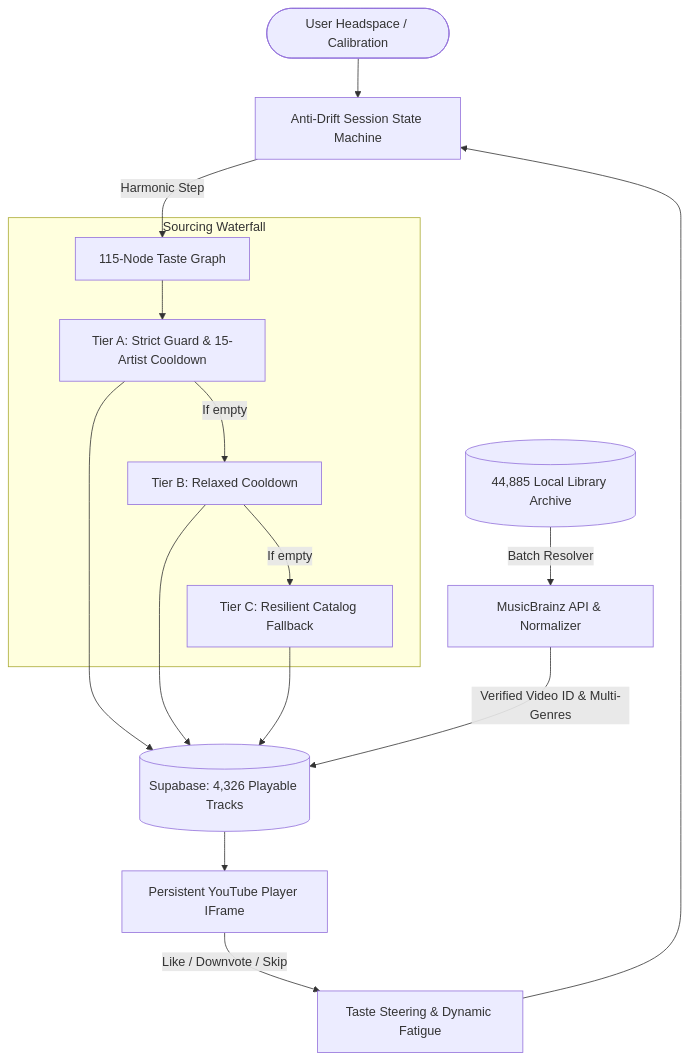
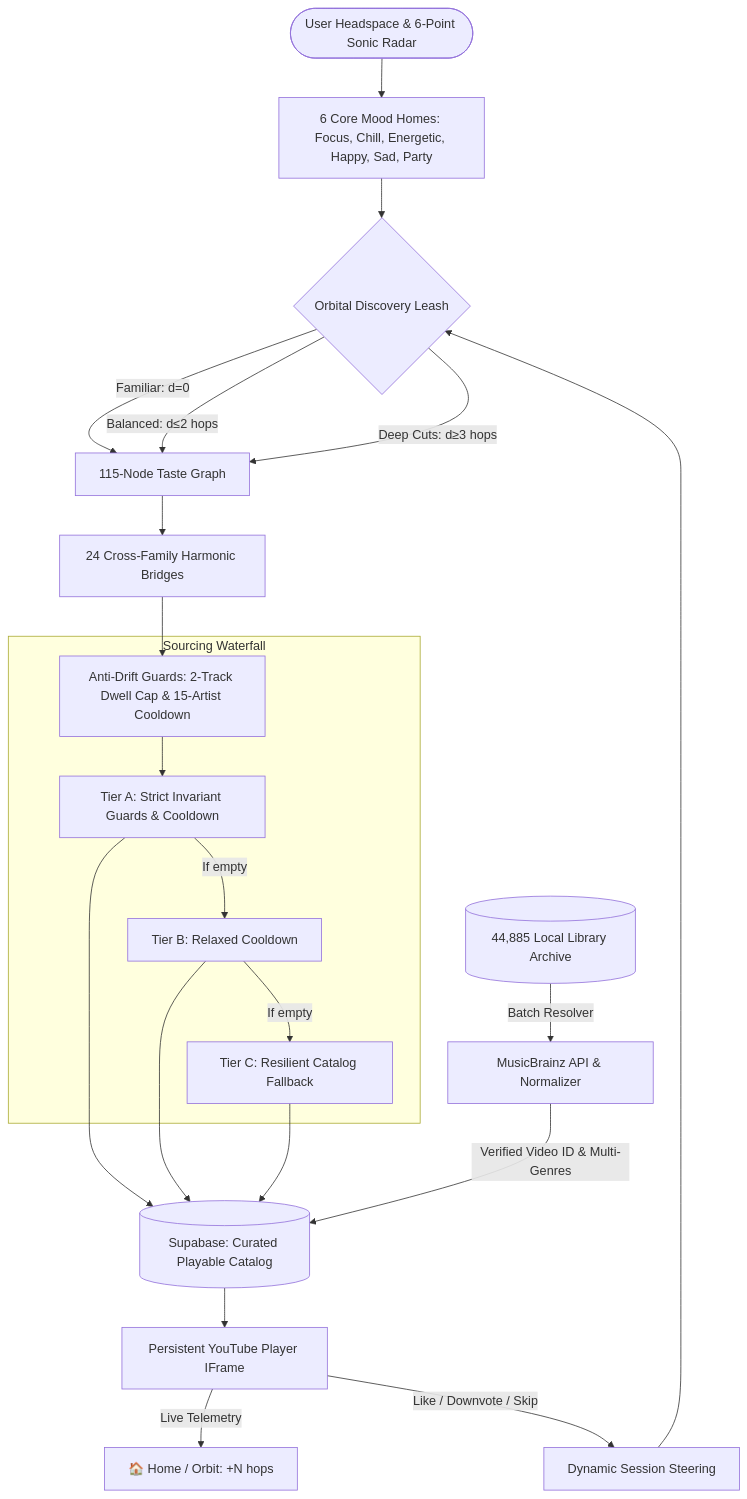
One commit to corneliunitoi/MusicMood changed the diagram in README.md. Above: the diagram before and after it, drawn with Mermaid. The commit also changed other lines of this file and 5 other files, not shown here.

````diff
--- a/README.md
+++ b/README.md
@@ -29,22 +35,30 @@
 ```mermaid
 flowchart TD
-    User([User Headspace / Calibration]) --> StateMachine[Anti-Drift Session State Machine]
-    StateMachine -->|Harmonic Step| TasteGraph[115-Node Taste Graph]
+    User([User Headspace & 6-Point Sonic Radar]) --> MoodHomes[6 Core Mood Homes: Focus, Chill, Energetic, Happy, Sad, Party]
+    MoodHomes --> OrbitalLeash{Orbital Discovery Leash}
+    
+    OrbitalLeash -->|Familiar: d=0| TasteGraph[115-Node Taste Graph]
+    OrbitalLeash -->|Balanced: d≤2 hops| TasteGraph
+    OrbitalLeash -->|Deep Cuts: d≥3 hops| TasteGraph
+    
+    TasteGraph --> HarmonicBridges[24 Cross-Family Harmonic Bridges]
+    HarmonicBridges --> AntiDrift[Anti-Drift Guards: 2-Track Dwell Cap & 15-Artist Cooldown]
     
     subgraph Sourcing Waterfall
-        TasteGraph --> TierA[Tier A: Strict Guard & 15-Artist Cooldown]
+        AntiDrift --> TierA[Tier A: Strict Invariant Guards & Cooldown]
         TierA -->|If empty| TierB[Tier B: Relaxed Cooldown]
         TierB -->|If empty| TierC[Tier C: Resilient Catalog Fallback]
     end
 
-    TierA --> Catalog[(Supabase: 4,326 Playable Tracks)]
+    TierA --> Catalog[(Supabase: Curated Playable Catalog)]
     TierB --> Catalog
     TierC --> Catalog
 
     Catalog --> Player[Persistent YouTube Player IFrame]
-    Player -->|Like / Downvote / Skip| Feedback[Taste Steering & Dynamic Fatigue]
-    Feedback --> StateMachine
+    Player -->|Live Telemetry| Telemetry["🏠 Home / Orbit: +N hops"]
+    Player -->|Like / Downvote / Skip| Feedback[Dynamic Session Steering]
+    Feedback --> OrbitalLeash
 
     Archive[(44,885 Local Library Archive)] -->|Batch Resolver| MusicBrainz[MusicBrainz API & Normalizer]
     MusicBrainz -->|Verified Video ID & Multi-Genres| Catalog
 ```
````
